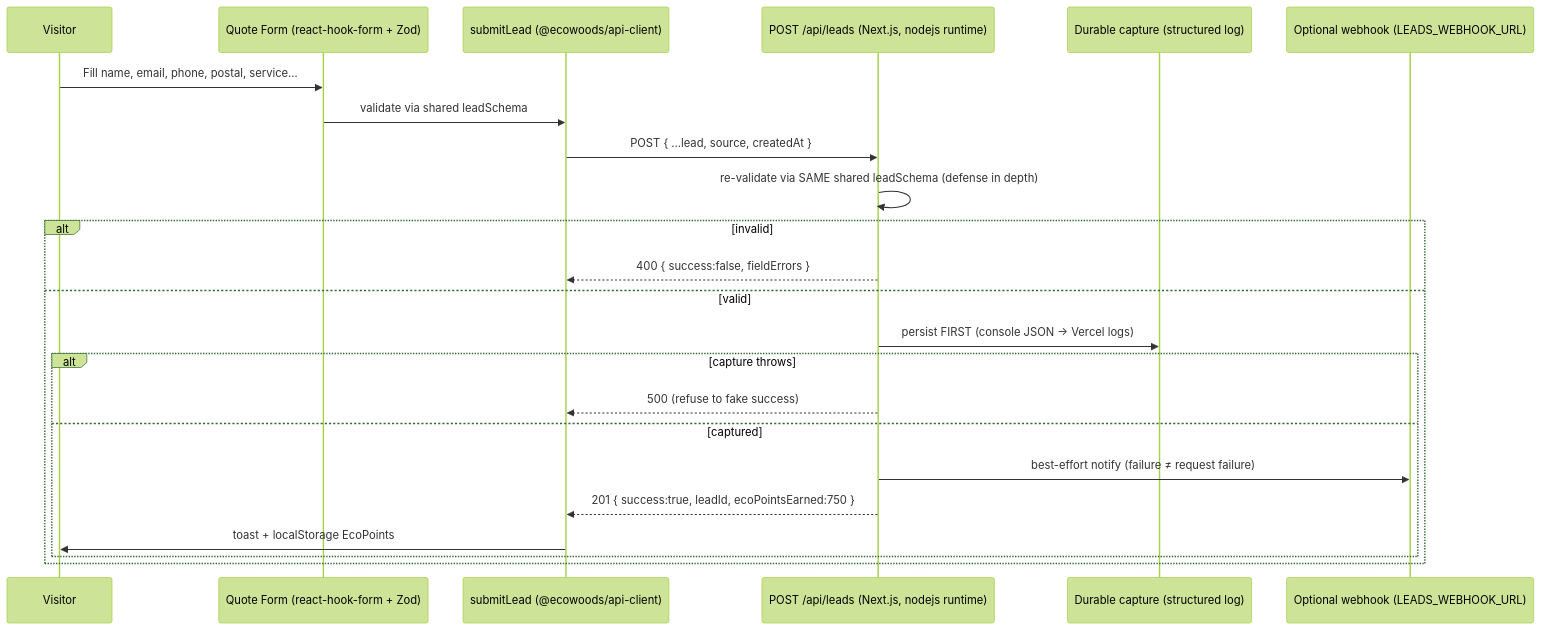
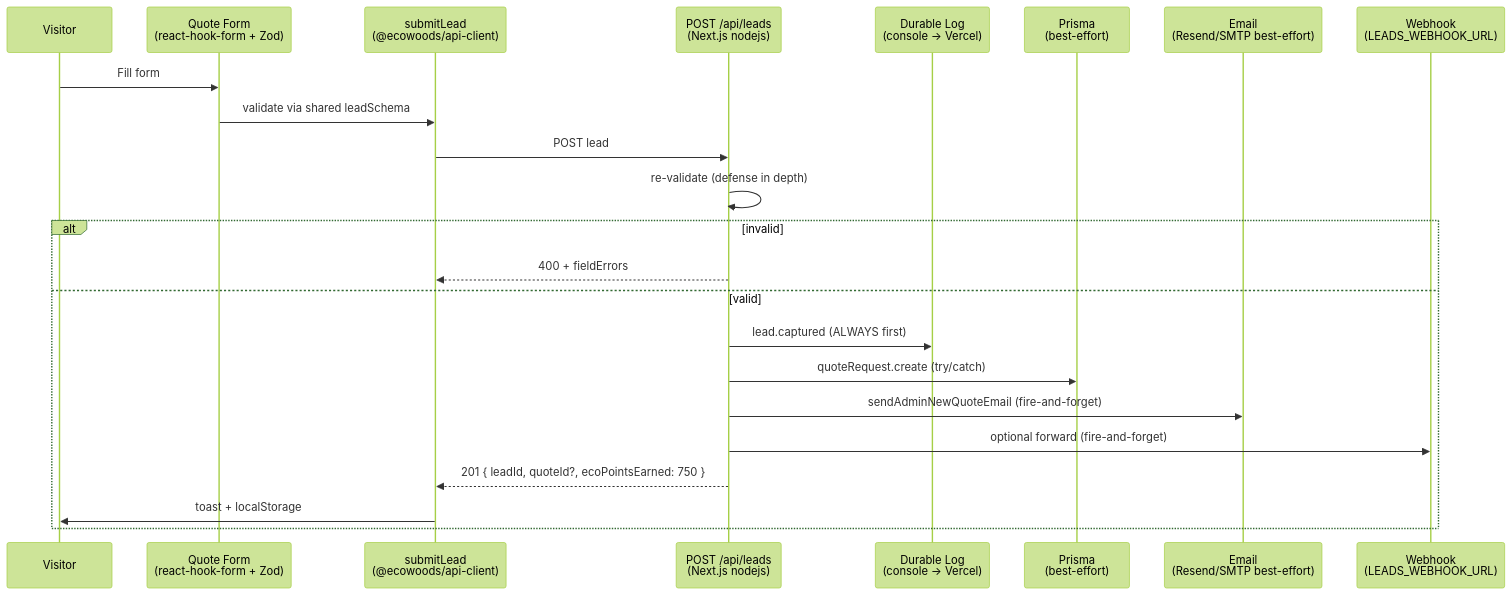
Before and after one commit to iceccarelli/ecowoods-app: the first of 2 diagrams in README.md, drawn with Mermaid (forest theme). The commit also changed other lines of this file, not shown here.

````diff
--- a/README.md
+++ b/README.md
@@ -120,26 +135,26 @@
 ```mermaid
 sequenceDiagram
     participant U as Visitor
-    participant F as Quote Form (react-hook-form + Zod)
-    participant C as submitLead (@ecowoods/api-client)
-    participant A as POST /api/leads (Next.js, nodejs runtime)
-    participant L as Durable capture (structured log)
-    participant W as Optional webhook (LEADS_WEBHOOK_URL)
+    participant F as Quote Form<br/>(react-hook-form + Zod)
+    participant C as submitLead<br/>(@ecowoods/api-client)
+    participant A as POST /api/leads<br/>(Next.js nodejs)
+    participant L as Durable Log<br/>(console → Vercel)
+    participant DB as Prisma<br/>(best-effort)
+    participant E as Email<br/>(Resend/SMTP best-effort)
+    participant W as Webhook<br/>(LEADS_WEBHOOK_URL)
 
-    U->>F: Fill name, email, phone, postal, service…
+    U->>F: Fill form
     F->>C: validate via shared leadSchema
-    C->>A: POST { ...lead, source, createdAt }
-    A->>A: re-validate via SAME shared leadSchema (defense in depth)
+    C->>A: POST lead
+    A->>A: re-validate (defense in depth)
     alt invalid
-        A-->>C: 400 { success:false, fieldErrors }
+        A-->>C: 400 + fieldErrors
     else valid
-        A->>L: persist FIRST (console JSON → Vercel logs)
-        alt capture throws
-            A-->>C: 500 (refuse to fake success)
-        else captured
-            A->>W: best-effort notify (failure ≠ request failure)
-            A-->>C: 201 { success:true, leadId, ecoPointsEarned:750 }
-            C->>U: toast + localStorage EcoPoints
-        end
+        A->>L: lead.captured (ALWAYS first)
+        A->>DB: quoteRequest.create (try/catch)
+        A->>E: sendAdminNewQuoteEmail (fire-and-forget)
+        A->>W: optional forward (fire-and-forget)
+        A-->>C: 201 { leadId, quoteId?, ecoPointsEarned: 750 }
+        C->>U: toast + localStorage
     end
 ```
````
